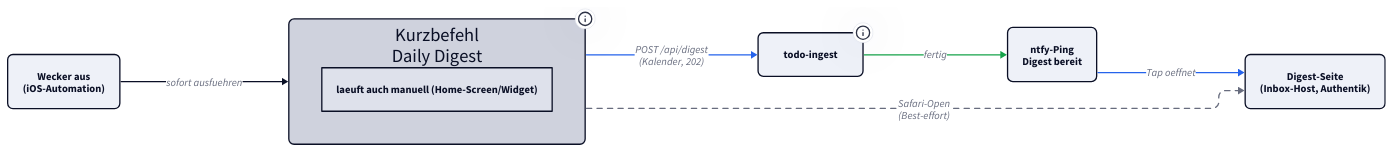
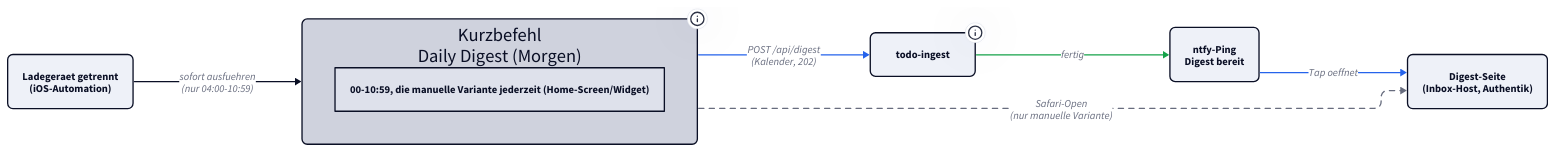
One commit to derever-labs/homelab-wiki changed the third of 3 diagrams in docs/todo-ingest/index.md. Above: the diagram before and after it, drawn with D2. The commit also changed other lines of this file, not shown here.

First line of the commit message:
docs(todo-ingest): Morgen-Trigger auf Ladegeraet-Automation umstellen

````diff
--- a/docs/todo-ingest/index.md
+++ b/docs/todo-ingest/index.md
@@ -128,32 +128,32 @@
 ```d2
 vars: {
   d2-config: {
     theme-id: 1
     layout-engine: elk
   }
 }
 
 classes: {
   node: { style: { border-radius: 8 } }
 }
 
 direction: right
 
-Wecker: "Wecker aus\n(iOS-Automation)" { class: node }
-KB: "Kurzbefehl\nDaily Digest" {
+Wecker: "Ladegeraet getrennt\n(iOS-Automation)" { class: node }
+KB: "Kurzbefehl\nDaily Digest (Morgen)" {
   class: node
-  tooltip: Liest die kommenden Termine aller iPhone-Kalender und schickt sie als Zeilen-Text mit; laeuft auch manuell (Home-Screen/Widget)
+  tooltip: Liest die kommenden Termine aller iPhone-Kalender und schickt sie als Zeilen-Text mit; die Morgen-Variante laeuft nur 04:00-10:59, die manuelle Variante jederzeit (Home-Screen/Widget)
 }
 Svc: "todo-ingest" {
   class: node
   tooltip: Debounce 5 min, dann ClickUp-Erhebung (Listen + zugewiesene, Teilausfall toleriert), Opus formuliert Headline/Top-3/Item-Texte, der Server garantiert Vollstaendigkeit und baut alle Links deterministisch
 }
 Seite: "Digest-Seite\n(Inbox-Host, Authentik)" { class: node }
 Push: "ntfy-Ping\nDigest bereit" { class: node }
 
-Wecker -> KB: "sofort ausfuehren"
+Wecker -> KB: "sofort ausfuehren\n(nur 04:00-10:59)"
 KB -> Svc: "POST /api/digest\n(Kalender, 202)" { style.stroke: "#2563eb" }
 Svc -> Push: "fertig" { style.stroke: "#16a34a" }
 Push -> Seite: "Tap oeffnet" { style.stroke: "#2563eb" }
-KB -> Seite: "Safari-Open\n(Best-effort)" { style.stroke-dash: 4 }
+KB -> Seite: "Safari-Open\n(nur manuelle Variante)" { style.stroke-dash: 4 }
 ```
````
